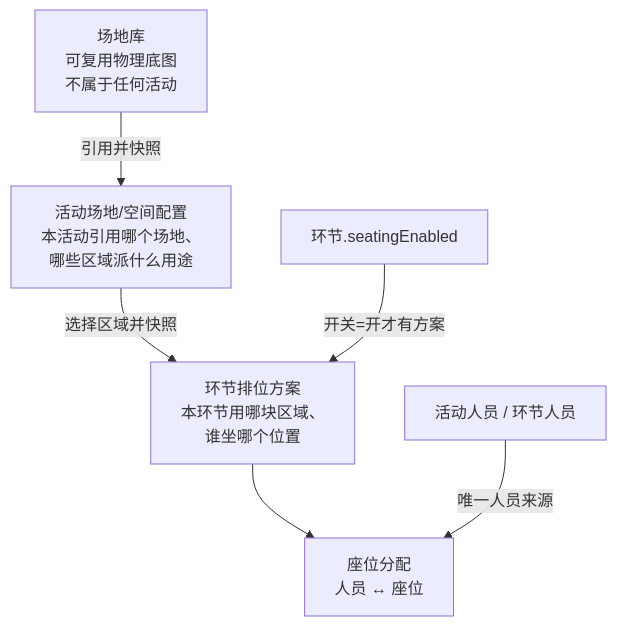
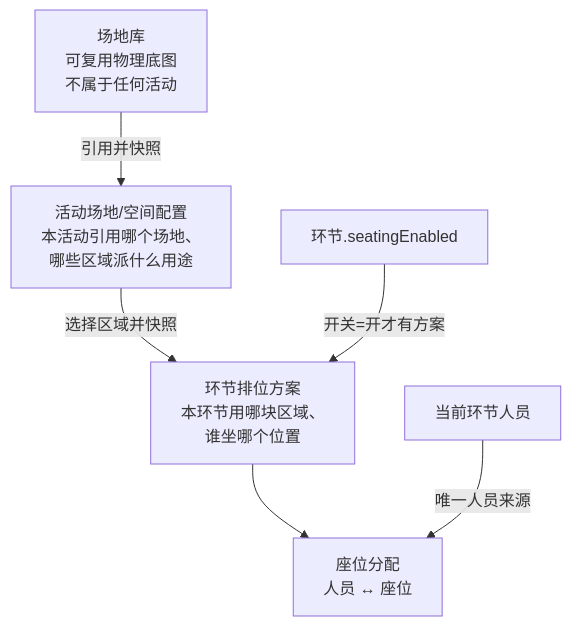
Before and after one commit to x1ny/pszx-hdyy: the first of 2 diagrams in docs/场地排位模块.md, drawn with Mermaid. The commit also changed other lines of this file and 7 other files, not shown here.

````diff
--- a/docs/场地排位模块.md
+++ b/docs/场地排位模块.md
@@ -39,14 +39,14 @@
 ```mermaid
 flowchart TD
     A["场地库<br/>可复用物理底图<br/>不属于任何活动"]
     B["活动场地/空间配置<br/>本活动引用哪个场地、<br/>哪些区域派什么用途"]
     C["环节排位方案<br/>本环节用哪块区域、<br/>谁坐哪个位置"]
     D["座位分配<br/>人员 ↔ 座位"]
 
     A -->|引用并快照| B
     B -->|选择区域并快照| C
     C --> D
 
-    E["活动人员 / 环节人员"] -->|唯一人员来源| D
+    E["当前环节人员"] -->|唯一人员来源| D
     F["环节.seatingEnabled"] -->|开关=开才有方案| C
 ```
````
